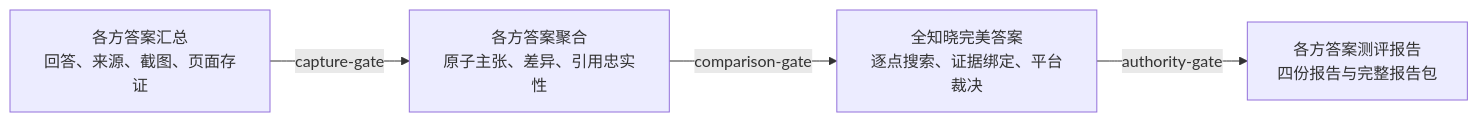
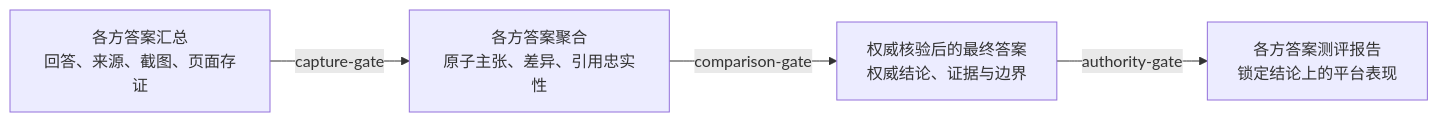
Before and after one commit to ASI2030/Fact-Check-X: the diagram in README.md, drawn with Mermaid. The commit also changed other lines of this file and 55 other files, not shown here.

````diff
--- a/README.md
+++ b/README.md
@@ -145,10 +145,10 @@
 ```mermaid
 flowchart LR
     A["各方答案汇总<br/>回答、来源、截图、页面存证"]
     B["各方答案聚合<br/>原子主张、差异、引用忠实性"]
-    C["全知晓完美答案<br/>逐点搜索、证据绑定、平台裁决"]
-    D["各方答案测评报告<br/>四份报告与完整报告包"]
+    C["权威核验后的最终答案<br/>权威结论、证据与边界"]
+    D["各方答案测评报告<br/>锁定结论上的平台表现"]
     A -->|"capture-gate"| B
     B -->|"comparison-gate"| C
     C -->|"authority-gate"| D
 ```
````
